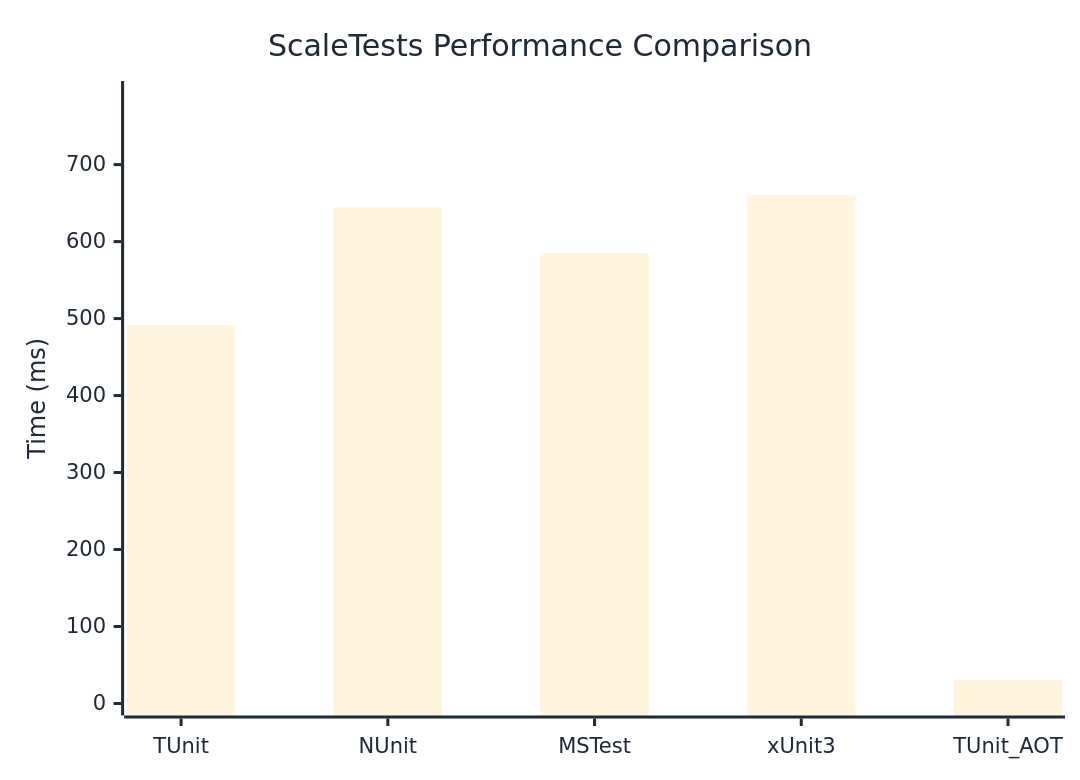
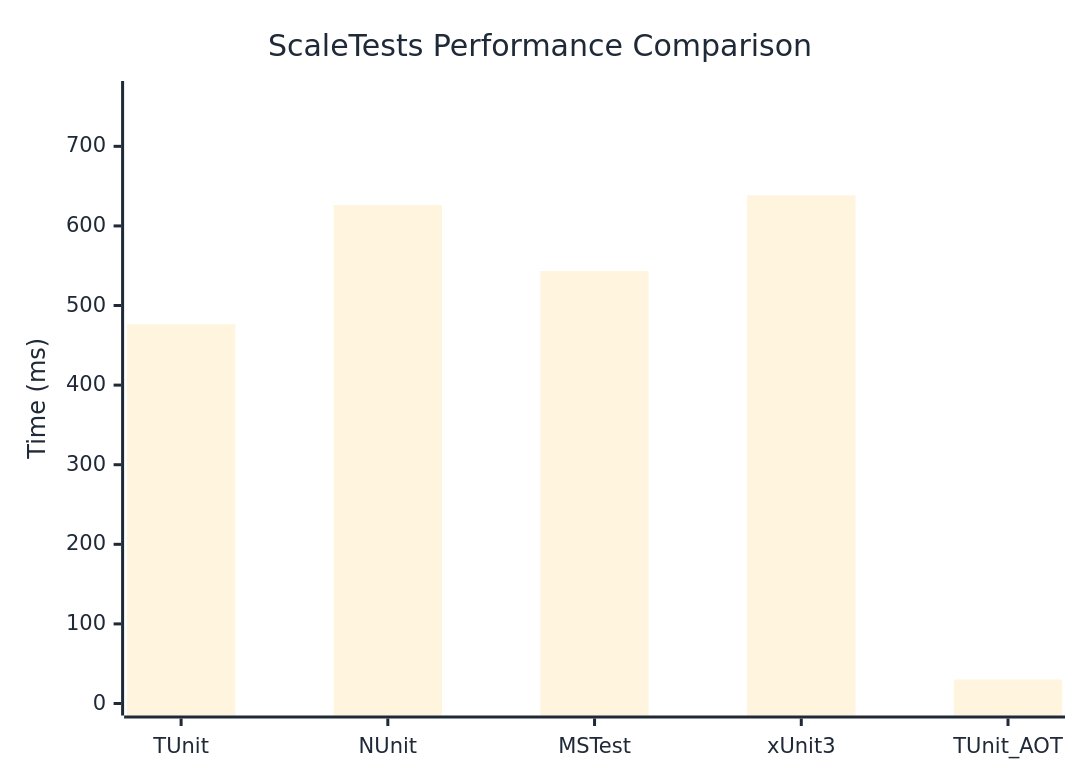
The diagram in docs/docs/benchmarks/ScaleTests.md (thomhurst/TUnit), drawn with Mermaid before and after one commit. The commit also changed other lines of this file and 17 other files, not shown here.

````diff
--- a/docs/docs/benchmarks/ScaleTests.md
+++ b/docs/docs/benchmarks/ScaleTests.md
@@ -27,37 +27,37 @@
 ```mermaid
 %%{init: {
   'theme':'base',
   'themeVariables': {
     'primaryColor': '#2563eb',
     'primaryTextColor': '#1f2937',
     'primaryBorderColor': '#1e40af',
     'lineColor': '#6b7280',
     'secondaryColor': '#7c3aed',
     'tertiaryColor': '#dc2626',
     'background': '#ffffff',
     'mainBkg': '#2563eb',
     'secondBkg': '#7c3aed',
     'tertiaryBkg': '#dc2626',
     'clusterBkg': '#f3f4f6',
     'edgeLabelBackground': '#ffffff',
     'tertiaryTextColor': '#1f2937',
     'pie1': '#2563eb',
     'pie2': '#7c3aed',
     'pie3': '#dc2626',
     'pie4': '#f59e0b',
     'pie5': '#10b981',
     'pie6': '#06b6d4',
     'pie7': '#ec4899',
     'pie8': '#6366f1',
     'pie9': '#84cc16',
     'pie10': '#f97316',
     'pie11': '#14b8a6',
     'pie12': '#a855f7'
   }
 }}%%
 xychart-beta
   title "ScaleTests Performance Comparison"
   x-axis ["TUnit", "NUnit", "MSTest", "xUnit3", "TUnit_AOT"]
-  y-axis "Time (ms)" 0 --> 793
-  bar [491.83, 644.26, 585.2, 660.3, 30.91]
+  y-axis "Time (ms)" 0 --> 767
+  bar [476.54, 626.36, 543.29, 638.49, 30.16]
 ```
````
